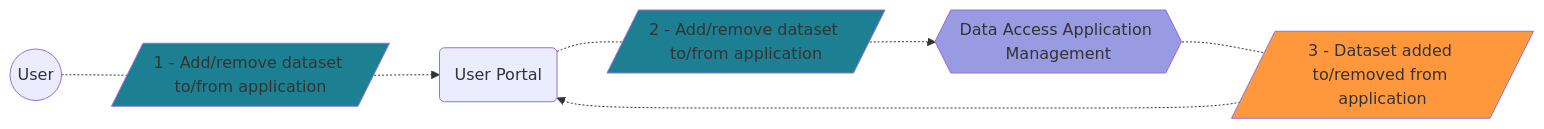
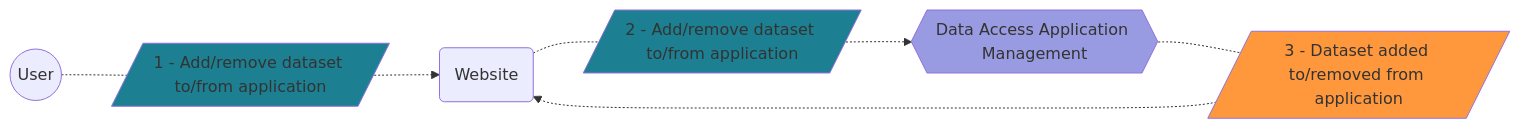
One commit to GenomicDataInfrastructure/gdi-userportal-docs changed the ninth of 15 diagrams in content/docs/data-access-application-management/use-cases/_index.md. Above: the diagram before and after it, drawn with Mermaid. The commit also changed other lines of this file, not shown here.

````diff
--- a/content/docs/data-access-application-management/use-cases/_index.md
+++ b/content/docs/data-access-application-management/use-cases/_index.md
@@ -340,36 +340,36 @@
 ```mermaid
 flowchart LR
     user(("`
         User
     `"))
     
-    user_portal("`
-        User Portal
+    website("`
+        Website
     `")
     
     daam{{"`
         Data Access Application Management
     `"}}
     style daam fill:#999be2
     
     add_dataset_1[/"`
         1 - Add/remove dataset to/from application
     `"/]
     add_dataset_2[/"`
         2 - Add/remove dataset to/from application
     `"/]
     style add_dataset_1 fill:#1C8092
     style add_dataset_2 fill:#1C8092
 
     dataset_added[/"`
         3 - Dataset added to/removed from application
     `"/]
     style dataset_added fill:#FF983D
 
     user -.- add_dataset_1
-    add_dataset_1 -.-> user_portal
-    user_portal -.- add_dataset_2
+    add_dataset_1 -.-> website
+    website -.- add_dataset_2
     add_dataset_2 -.-> daam
     daam -.- dataset_added
-    dataset_added -.-> user_portal
+    dataset_added -.-> website
 ```
````
